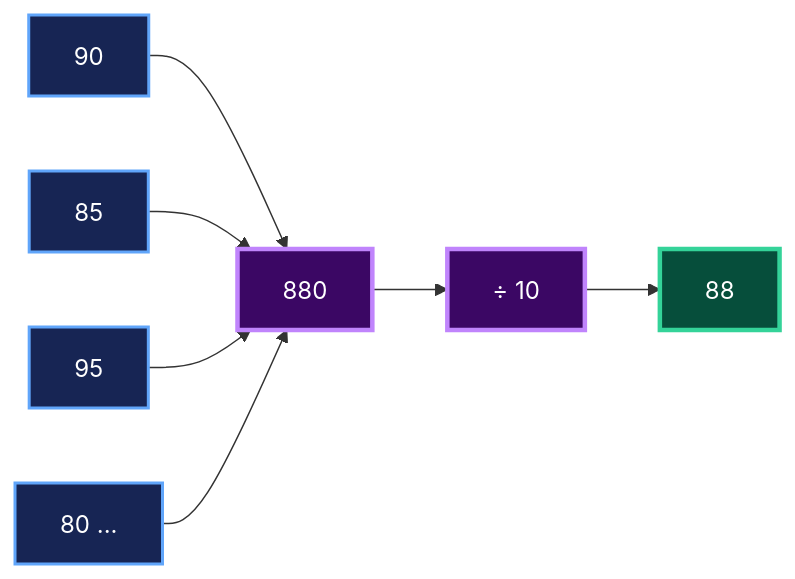
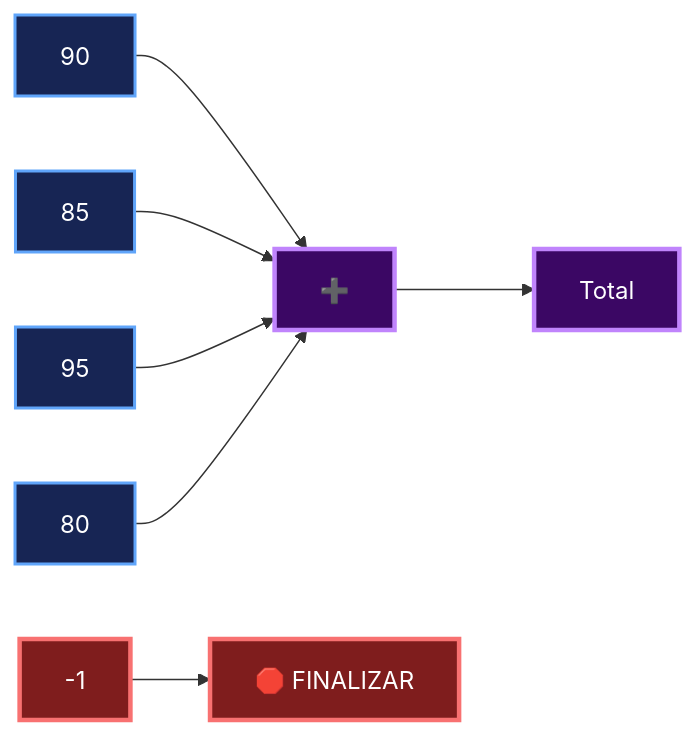
Before and after one commit to VITIDEV06/Actividad-C-SHARP-Libreta-de-Calificaciones-Hojas-Impresas: the fifth of 6 diagrams in README.md, drawn with Mermaid. The commit also changed other lines of this file, not shown here.

````diff
--- a/README.md
+++ b/README.md
@@ -425,19 +402,20 @@
 ```mermaid
 flowchart LR
 
-    A["90"] --> E["880"]
-    B["85"] --> E
-    C["95"] --> E
-    D["80 ..."] --> E
+    A["90"] --> B["➕"]
+    C["85"] --> B
+    D["95"] --> B
+    E["80"] --> B
 
-    E --> F["÷ 10"]
-    F --> G["88"]
+    B --> F["Total"]
+
+    G["-1"] --> H["🛑 FINALIZAR"]
 
     classDef grade fill:#172554,stroke:#60A5FA,color:#FFFFFF,stroke-width:2px;
     classDef total fill:#3B0764,stroke:#C084FC,color:#FFFFFF,stroke-width:3px;
-    classDef result fill:#064E3B,stroke:#34D399,color:#FFFFFF,stroke-width:3px;
+    classDef sentinel fill:#7F1D1D,stroke:#F87171,color:#FFFFFF,stroke-width:3px;
 
-    class A,B,C,D grade;
-    class E,F total;
-    class G result;
+    class A,C,D,E grade;
+    class F,B total;
+    class G,H sentinel;
 ```
````
